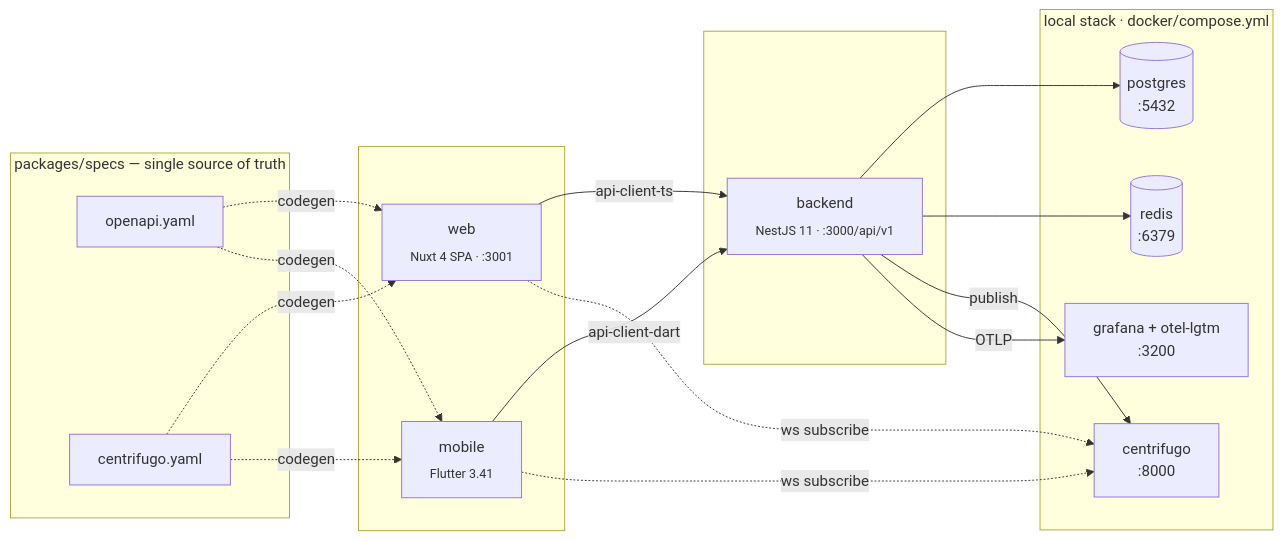
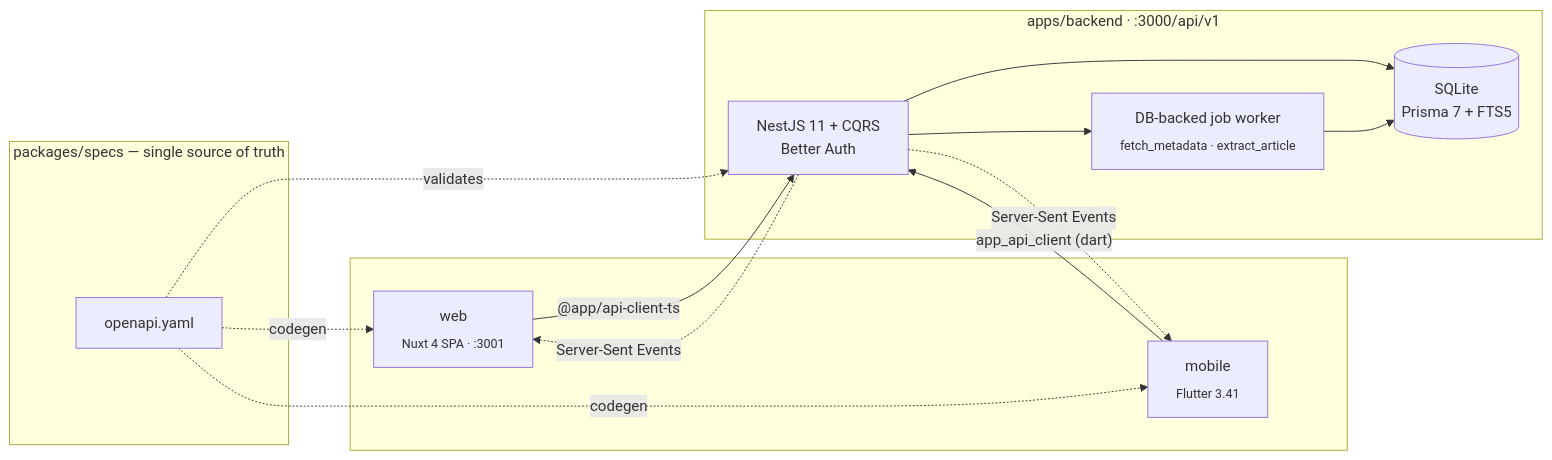
The diagram in README.md (kkucherenkov/burkmak), drawn with Mermaid before and after one commit. The commit also changed other lines of this file and 5 other files, not shown here.

````diff
--- a/README.md
+++ b/README.md
@@ -38,37 +81,28 @@
 ```mermaid
 flowchart LR
   subgraph clients[" "]
     web["web<br/><sub>Nuxt 4 SPA · :3001</sub>"]
     mobile["mobile<br/><sub>Flutter 3.41</sub>"]
   end
 
-  subgraph backend_group[" "]
-    backend["backend<br/><sub>NestJS 11 · :3000/api/v1</sub>"]
-  end
-
-  subgraph infra["local stack · docker/compose.yml"]
-    postgres[("postgres<br/>:5432")]
-    redis[("redis<br/>:6379")]
-    centrifugo["centrifugo<br/>:8000"]
-    otel["grafana + otel-lgtm<br/>:3200"]
+  subgraph backend_group["apps/backend · :3000/api/v1"]
+    api["NestJS 11 + CQRS<br/>Better Auth"]
+    jobs["DB-backed job worker<br/><sub>fetch_metadata · extract_article</sub>"]
+    sqlite[("SQLite<br/>Prisma 7 + FTS5")]
   end
 
   subgraph contracts["packages/specs — single source of truth"]
     openapi["openapi.yaml"]
-    asyncapi["centrifugo.yaml"]
   end
 
-  web -->|"api-client-ts"| backend
-  mobile -->|"api-client-dart"| backend
-  web -.->|"ws subscribe"| centrifugo
-  mobile -.->|"ws subscribe"| centrifugo
-  backend --> postgres
-  backend --> redis
-  backend -->|"publish"| centrifugo
-  backend -->|"OTLP"| otel
-
+  web -->|"@app/api-client-ts"| api
+  mobile -->|"app_api_client (dart)"| api
+  api --> sqlite
+  api --> jobs
+  jobs --> sqlite
+  api -.->|"Server-Sent Events"| web
+  api -.->|"Server-Sent Events"| mobile
   openapi -. "codegen" .-> web
   openapi -. "codegen" .-> mobile
-  asyncapi -. "codegen" .-> web
-  asyncapi -. "codegen" .-> mobile
+  openapi -. "validates" .-> api
 ```
````
